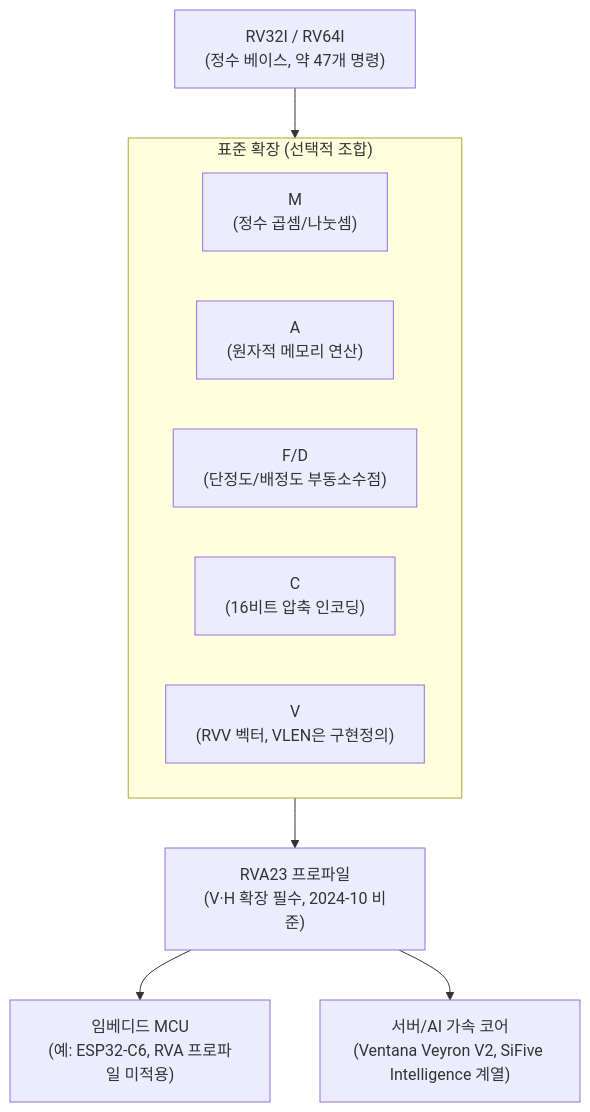
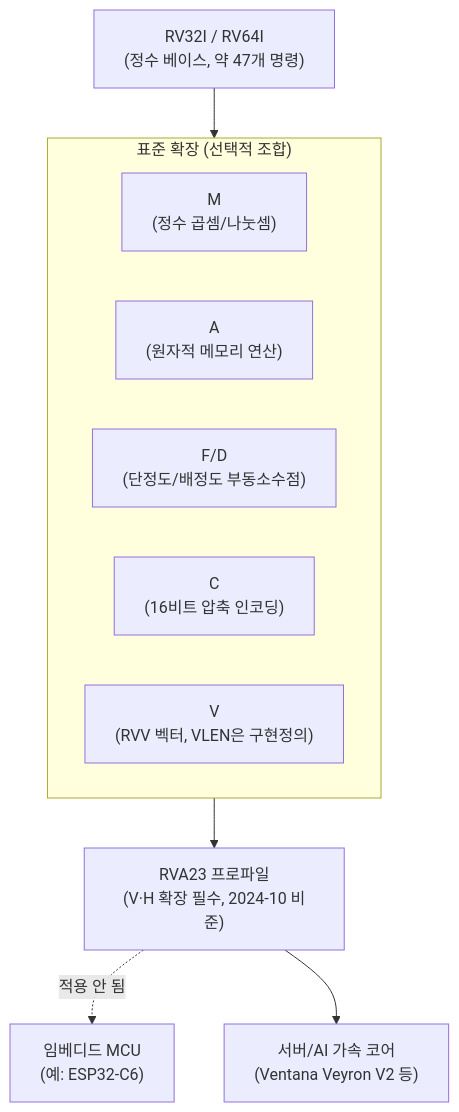
Before and after one commit to 42jerrykim/42jerrykim.github.io: the diagram in content/collection/optimization-05-cpu-microarchitecture/16-risc-v-architecture/index.md, drawn with Mermaid. The commit also changed other lines of this file and 1 other file, not shown here.

First line of the commit message:
feat: optimization-05-cpu-microarchitecture/16-risc-v-architecture post-quality-loop 채점 완료 (95.4점, 통과)

````diff
--- a/content/collection/optimization-05-cpu-microarchitecture/16-risc-v-architecture/index.md
+++ b/content/collection/optimization-05-cpu-microarchitecture/16-risc-v-architecture/index.md
@@ -77,14 +74,14 @@
 ```mermaid
 flowchart TB
   baseIsa["RV32I / RV64I</br>(정수 베이스, 약 47개 명령)"] --> stdExt
   subgraph stdExt ["표준 확장 (선택적 조합)"]
     extM["M</br>(정수 곱셈/나눗셈)"]
     extA["A</br>(원자적 메모리 연산)"]
     extFD["F/D</br>(단정도/배정도 부동소수점)"]
     extC["C</br>(16비트 압축 인코딩)"]
     extV["V</br>(RVV 벡터, VLEN은 구현정의)"]
   end
   stdExt --> profile["RVA23 프로파일</br>(V·H 확장 필수, 2024-10 비준)"]
-  profile --> mcuImpl["임베디드 MCU</br>(예: ESP32-C6, RVA 프로파일 미적용)"]
-  profile --> serverImpl["서버/AI 가속 코어</br>(Ventana Veyron V2, SiFive Intelligence 계열)"]
+  profile -.->|"적용 안 됨"| mcuImpl["임베디드 MCU</br>(예: ESP32-C6)"]
+  profile --> serverImpl["서버/AI 가속 코어</br>(Ventana Veyron V2 등)"]
 ```
````
